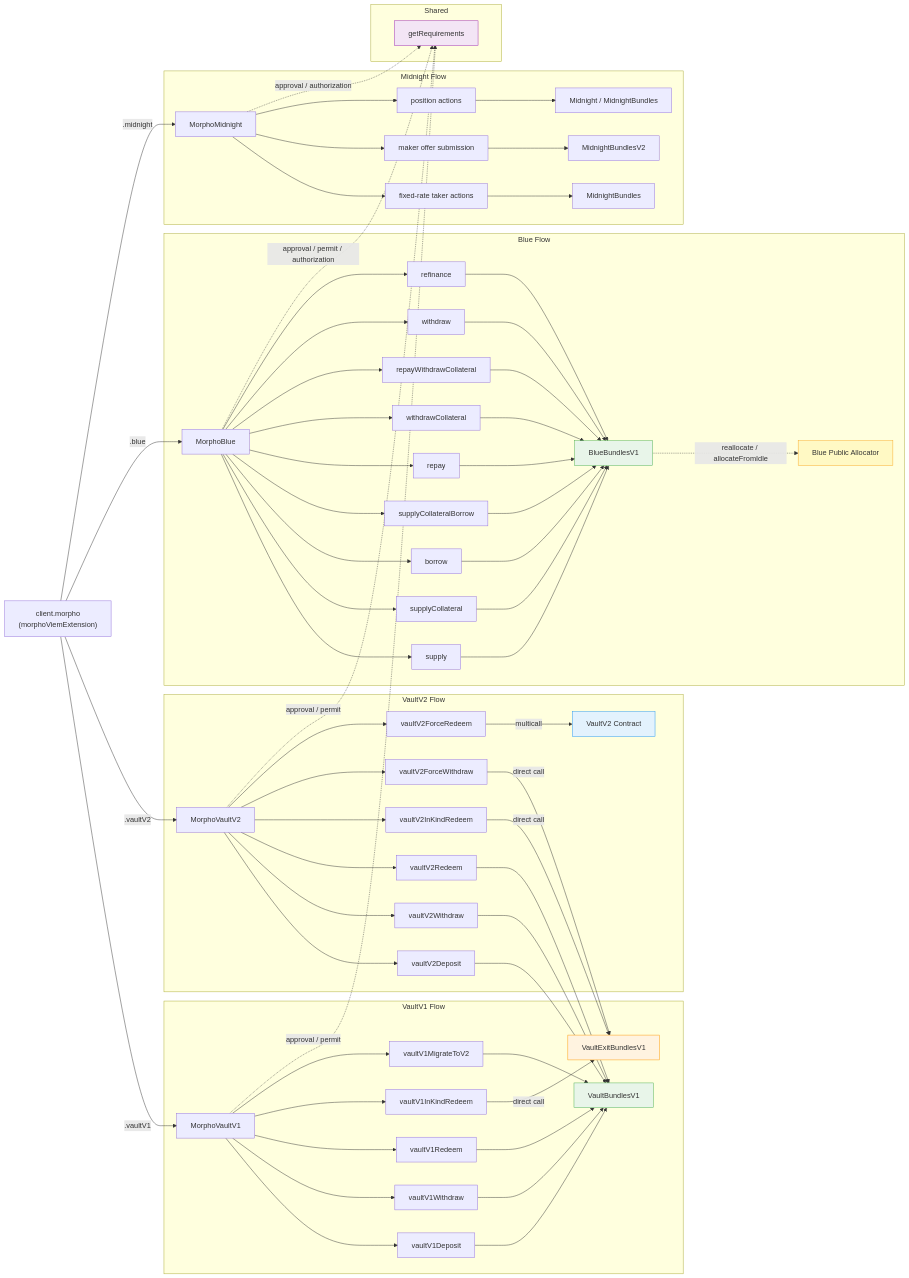
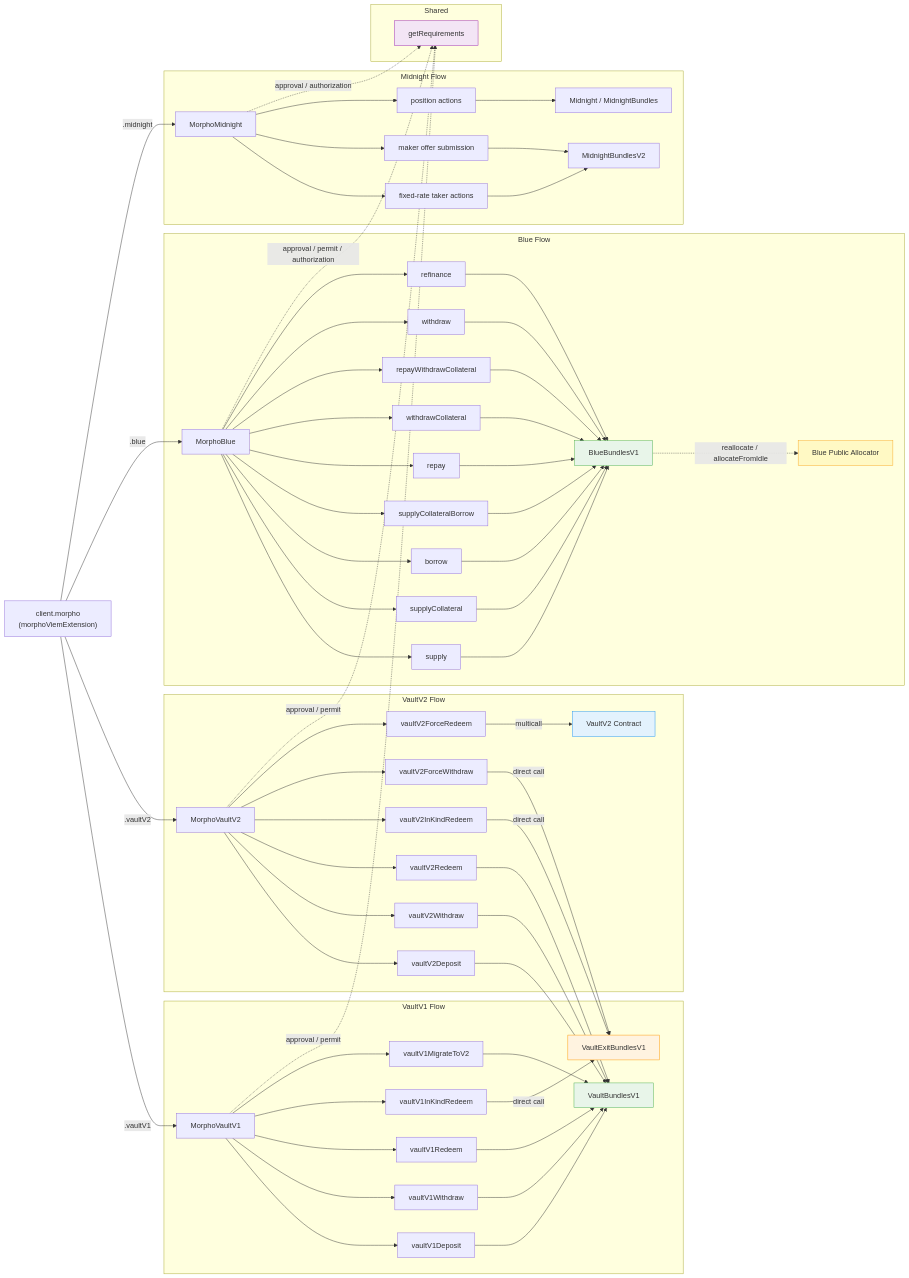
The diagram in packages/morpho-sdk/README.md (morpho-org/sdks), drawn with Mermaid before and after one commit. The commit also changed 6 other files, not shown here.

```diff
--- a/packages/morpho-sdk/README.md
+++ b/packages/morpho-sdk/README.md
@@ -326,8 +326,8 @@
         MN1 --> MNT[fixed-rate taker actions]
         MN1 --> MNM[maker offer submission]
         MN1 --> MNP[position actions]
-        MNT --> MNB[MidnightBundles]
-        MNM --> MNB2[MidnightBundlesV2]
+        MNT --> MNB2[MidnightBundlesV2]
+        MNM --> MNB2
         MNP --> MNC[Midnight / MidnightBundles]
     end
 
```
